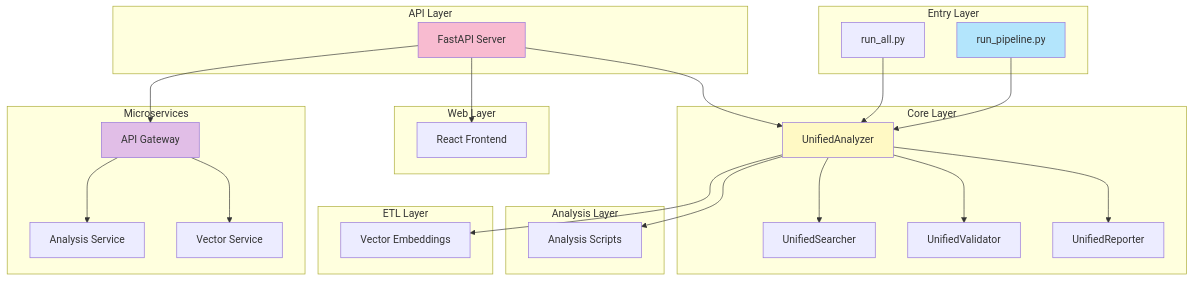
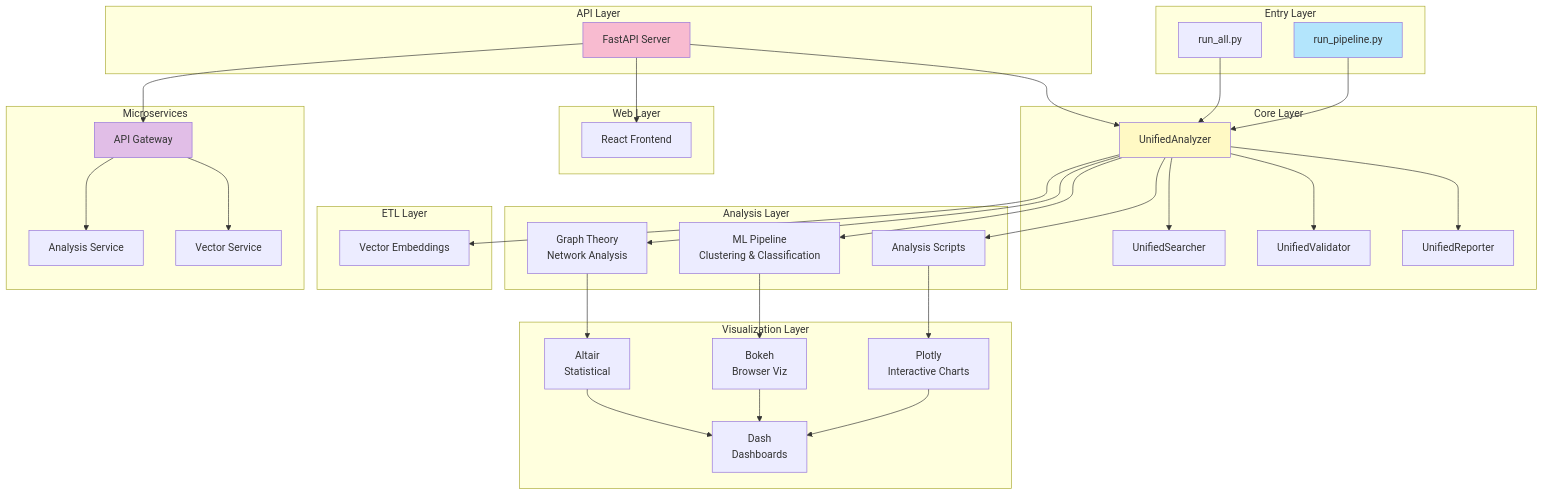
The first of 2 diagrams in docs/SYSTEM_ANALYST_GUIDE.md (1digitaldesign/kettler-data-analysis), drawn with Mermaid before and after one commit. The commit also changed other lines of this file and 3 other files, not shown here.

````diff
--- a/docs/SYSTEM_ANALYST_GUIDE.md
+++ b/docs/SYSTEM_ANALYST_GUIDE.md
@@ -20,54 +20,71 @@
 ```mermaid
 graph TD
     subgraph "Entry Layer"
         E1[run_pipeline.py]
         E2[run_all.py]
     end
 
     subgraph "Core Layer"
         C1[UnifiedAnalyzer]
         C2[UnifiedSearcher]
         C3[UnifiedValidator]
         C4[UnifiedReporter]
     end
 
     subgraph "Analysis Layer"
         A1[Analysis Scripts]
+        A2[ML Pipeline<br/>Clustering & Classification]
+        A3[Graph Theory<br/>Network Analysis]
+    end
+
+    subgraph "Visualization Layer"
+        V1[Plotly<br/>Interactive Charts]
+        V2[Bokeh<br/>Browser Viz]
+        V3[Altair<br/>Statistical]
+        V4[Dash<br/>Dashboards]
     end
 
     subgraph "ETL Layer"
         ETL1[Vector Embeddings]
     end
 
     subgraph "API Layer"
         API1[FastAPI Server]
     end
 
     subgraph "Web Layer"
         WEB1[React Frontend]
     end
 
     subgraph "Microservices"
         MS1[API Gateway]
         MS2[Analysis Service]
         MS3[Vector Service]
     end
 
     E1 --> C1
     E2 --> C1
     C1 --> C2
     C1 --> C3
     C1 --> C4
     C1 --> A1
+    C1 --> A2
+    C1 --> A3
+    A1 --> V1
+    A2 --> V2
+    A3 --> V3
+    V1 --> V4
+    V2 --> V4
+    V3 --> V4
     C1 --> ETL1
     API1 --> C1
     API1 --> WEB1
     API1 --> MS1
     MS1 --> MS2
     MS1 --> MS3
 
     style E1 fill:#B3E5FC
     style C1 fill:#FFF9C4
     style API1 fill:#F8BBD0
     style MS1 fill:#E1BEE7
 ```
````
